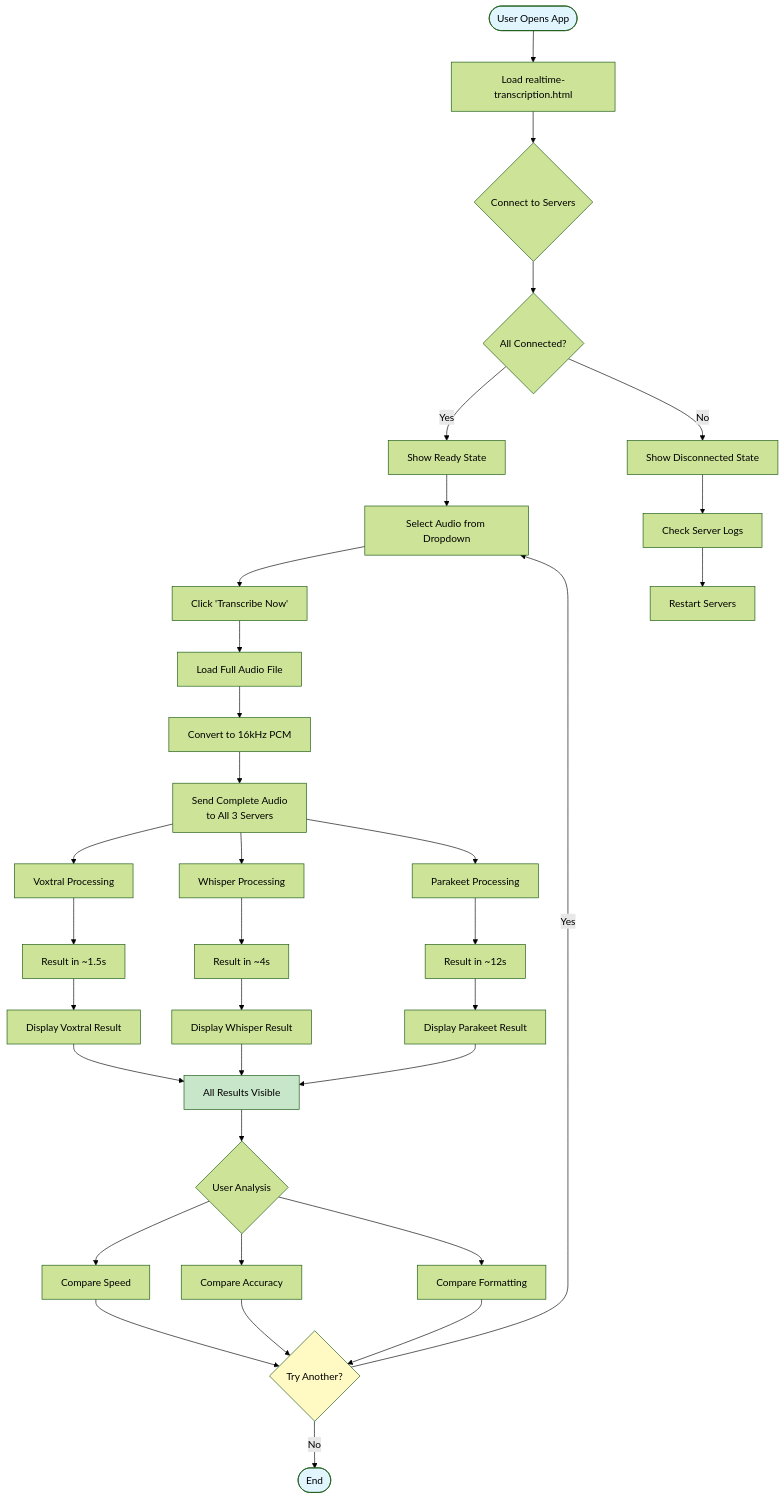
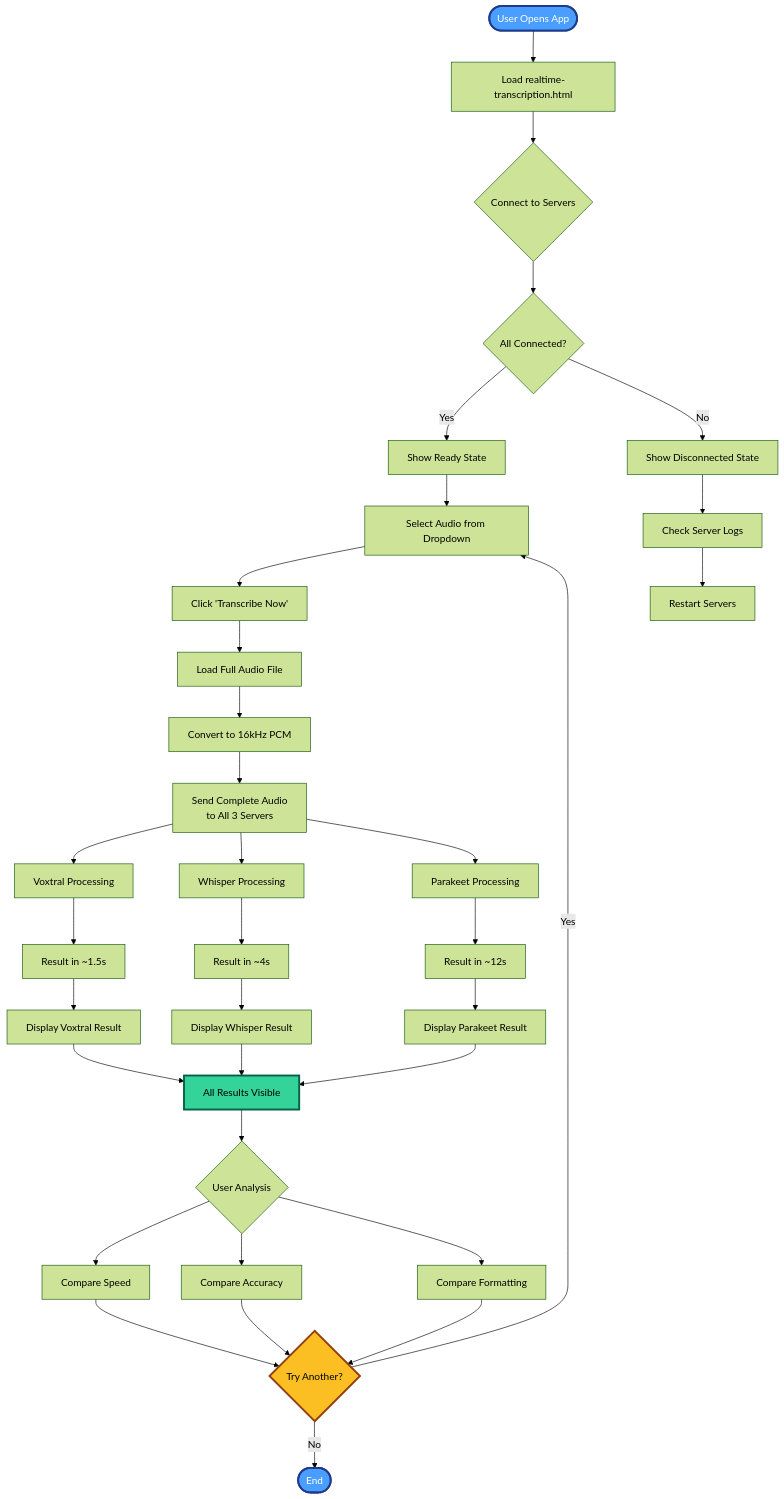
Before and after one commit to gjovanov/speech2text: the diagram in assets/comparison-mode-flow.mmd, drawn with Mermaid (forest theme). The commit also changed 10 other files, not shown here.

Commit message:
dark mode friednly diagramms

```diff
--- a/assets/comparison-mode-flow.mmd
+++ b/assets/comparison-mode-flow.mmd
@@ -1,46 +1,46 @@
 flowchart TD
     Start([User Opens App]) --> LoadPage[Load realtime-transcription.html]
     LoadPage --> Connect{Connect to Servers}
 
     Connect --> Check{All Connected?}
     Check -->|Yes| Ready[Show Ready State]
     Check -->|No| Error[Show Disconnected State]
 
     Ready --> SelectFile[Select Audio from Dropdown]
     SelectFile --> Button[Click 'Transcribe Now']
 
     Button --> LoadAudio[Load Full Audio File]
     LoadAudio --> Prepare[Convert to 16kHz PCM]
     Prepare --> SendAll[Send Complete Audio<br/>to All 3 Servers]
 
     SendAll --> Process1[Voxtral Processing]
     SendAll --> Process2[Whisper Processing]
     SendAll --> Process3[Parakeet Processing]
 
     Process1 --> Result1[Result in ~1.5s]
     Process2 --> Result2[Result in ~4s]
     Process3 --> Result3[Result in ~12s]
 
     Result1 --> ShowVoxtral[Display Voxtral Result]
     Result2 --> ShowWhisper[Display Whisper Result]
     Result3 --> ShowParakeet[Display Parakeet Result]
 
     ShowVoxtral & ShowWhisper & ShowParakeet --> AllDone[All Results Visible]
 
     AllDone --> Analyze{User Analysis}
     Analyze --> CompareSpeed[Compare Speed]
     Analyze --> CompareAccuracy[Compare Accuracy]
     Analyze --> CompareFormat[Compare Formatting]
 
     CompareSpeed & CompareAccuracy & CompareFormat --> Decision{Try Another?}
 
     Decision -->|Yes| SelectFile
     Decision -->|No| End([End])
 
     Error --> Troubleshoot[Check Server Logs]
     Troubleshoot --> Restart[Restart Servers]
 
-    style Start fill:#e1f5ff
-    style AllDone fill:#c8e6c9
-    style Decision fill:#fff9c4
-    style End fill:#e1f5ff
+    style Start fill:#4a9eff,stroke:#1e3a8a,stroke-width:3px,color:#fff
+    style AllDone fill:#34d399,stroke:#065f46,stroke-width:3px,color:#000
+    style Decision fill:#fbbf24,stroke:#92400e,stroke-width:3px,color:#000
+    style End fill:#4a9eff,stroke:#1e3a8a,stroke-width:3px,color:#fff
```
